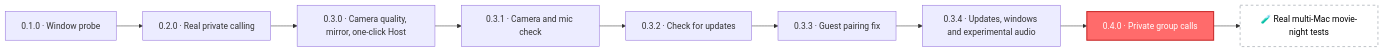
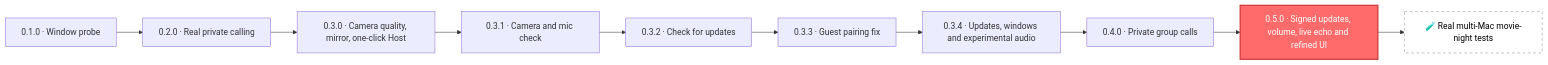
The seventh of 7 diagrams in README.md (CemSarp/ZoomTime), drawn with Mermaid before and after one commit. The commit also changed other lines of this file and 68 other files, not shown here.

Commit message:
Release v0.5.0 with signed incremental updates and refined call controls

````diff
--- a/README.md
+++ b/README.md
@@ -298,14 +304,15 @@
 ```mermaid
 flowchart LR
     V1["0.1.0 · Window probe"] --> V2["0.2.0 · Real private calling"]
     V2 --> V3["0.3.0 · Camera quality, mirror, one-click Host"]
     V3 --> V31["0.3.1 · Camera and mic check"]
     V31 --> V32["0.3.2 · Check for updates"]
     V32 --> V33["0.3.3 · Guest pairing fix"]
     V33 --> V34["0.3.4 · Updates, windows and experimental audio"]
-    V34 --> V40["0.4.0 · Private group calls"]:::now
-    V40 --> NEXT["🧪 Real multi-Mac movie-night tests"]:::next
+    V34 --> V40["0.4.0 · Private group calls"]
+    V40 --> V50["0.5.0 · Signed updates, volume, live echo and refined UI"]:::now
+    V50 --> NEXT["🧪 Real multi-Mac movie-night tests"]:::next
 
     classDef now fill:#ff6b6b,stroke:#c92a2a,color:#fff,stroke-width:2px
     classDef next fill:#fff,stroke:#868e96,color:#000,stroke-dasharray: 5 5
 ```
````
